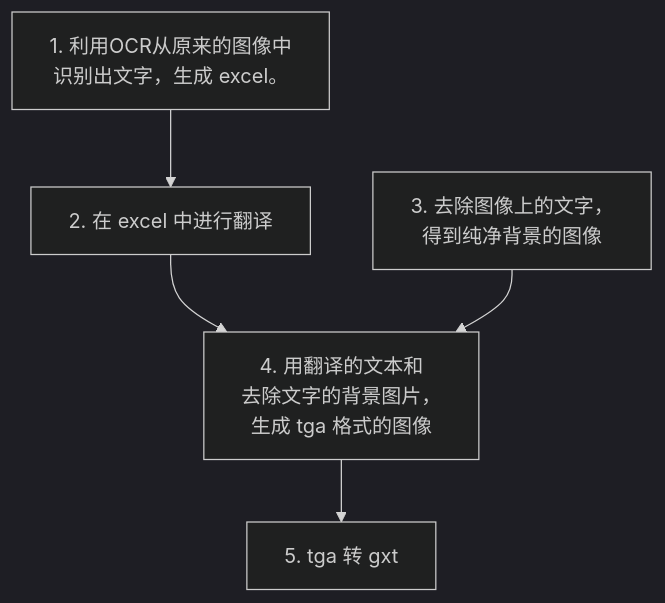
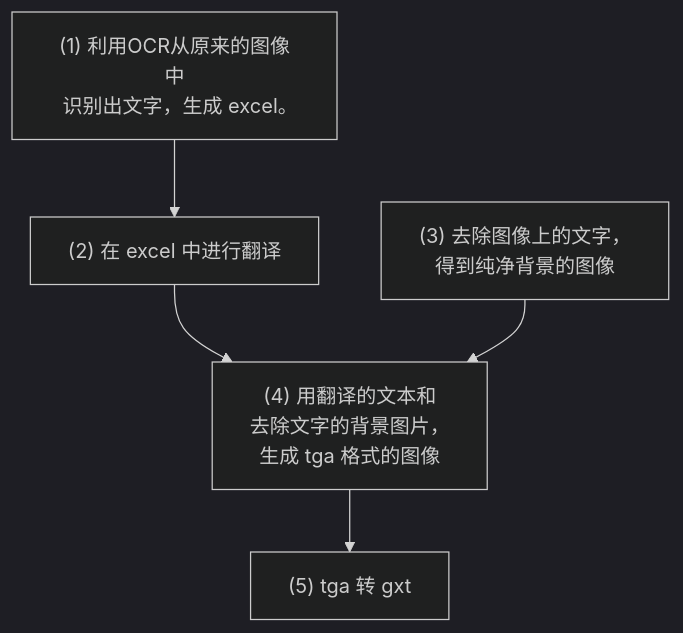
One commit to noword/game_localize changed the diagram in notes/Ginsei Igo Next Generation/chapter_2.md. Above: the diagram before and after it, drawn with Mermaid (dark theme).

````diff
--- a/notes/Ginsei Igo Next Generation/chapter_2.md
+++ b/notes/Ginsei Igo Next Generation/chapter_2.md
@@ -36,16 +36,16 @@
 ```mermaid
 flowchart TD;
-  A["1. 利用OCR从原来的图像中
+  A["(1) 利用OCR从原来的图像中
   识别出文字，生成 excel。"];
-  B["2. 在 excel 中进行翻译"];
-  C["3. 去除图像上的文字，
+  B["(2) 在 excel 中进行翻译"];
+  C["(3) 去除图像上的文字，
   得到纯净背景的图像"];
-  D["4. 用翻译的文本和
+  D["(4) 用翻译的文本和
   去除文字的背景图片，
   生成 tga 格式的图像"];
-  E["5. tga 转 gxt"];
+  E["(5) tga 转 gxt"];
   A-->B;
   B-->D;
   C-->D;
   D-->E;
 ```
````
